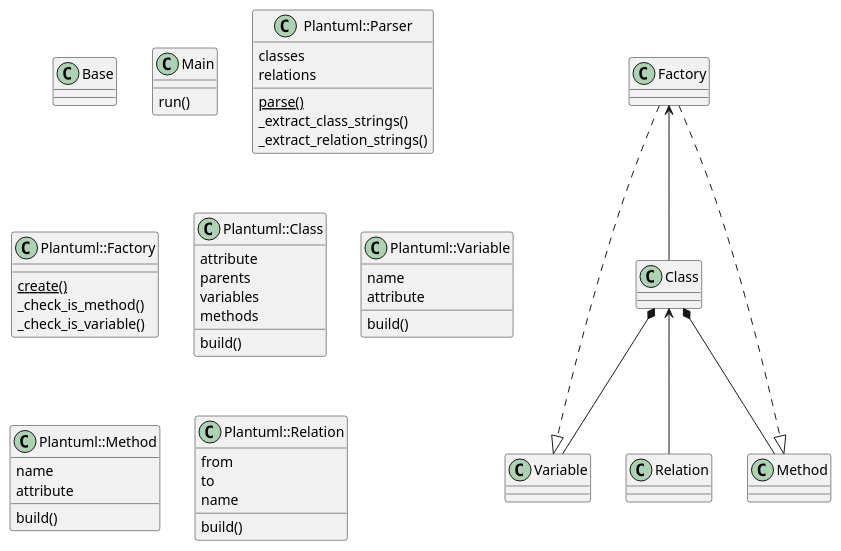
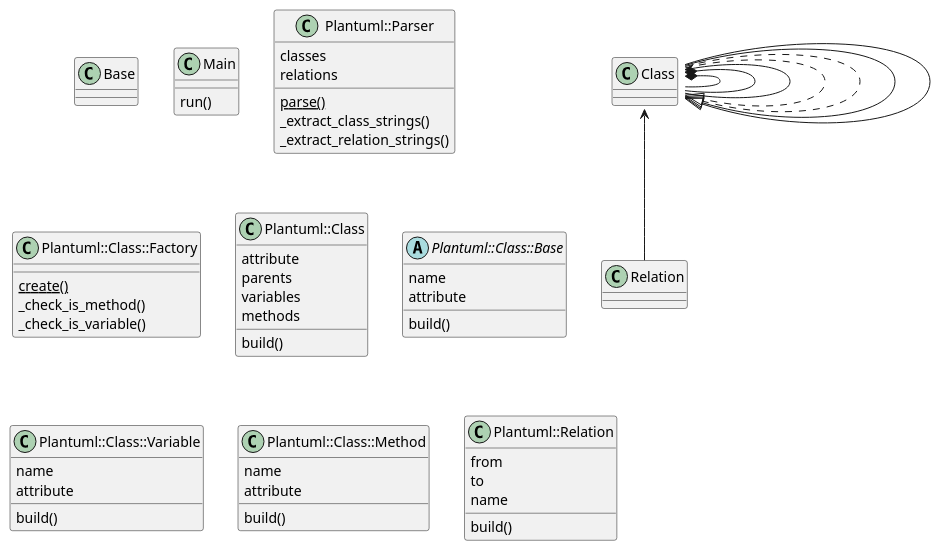
Before and after one commit to Kesin11/plantuml_class_digram_parse: the diagram in t/fixture/all.pu, drawn with PlantUML. The commit also changed 6 other files, not shown here.

```diff
--- a/t/fixture/all.pu
+++ b/t/fixture/all.pu
@@ -1,68 +1,76 @@
 @startuml
 
 class Base {
 }
 
 /'
 class CommentOutClass {
 }
 '/
 
 class Main {
   run()
 }
 
 class Plantuml::Parser {
   classes
   relations
   {static} parse()
   _extract_class_strings()
   _extract_relation_strings()
 }
 
-class Plantuml::Factory {
+class Plantuml::Class::Factory {
   {static} create()
   _check_is_method()
   _check_is_variable()
 }
 
 class Plantuml::Class {
   attribute
   parents
   variables
   methods
   build()
 }
 
-class Plantuml::Variable {
+abstract class Plantuml::Class::Base {
   name
   attribute
   build()
 }
 
-class Plantuml::Method {
+class Plantuml::Class::Variable {
+  name
+  attribute
+  build()
+}
+
+class Plantuml::Class::Method {
   name
   attribute
   build()
 }
 
 class Plantuml::Relation {
   from
   to
   name
   build()
 }
 
 /'
 class CommentOutClass {
 }
 '/
 
-Class *-- Variable
-Class *-- Method
+Class *-- Class::Variable
+Class *-- Class::Method
 Class <-- Relation
-Factory <-- Class
-Factory ..|> Variable
-Factory ..|> Method
+Class::Factory <-- Class
+Class::Factory ..|> Class::Variable
+Class::Factory ..|> Class::Method
+Class::Variable -down-|> Class::Base
+Class::Method   -down-|> Class::Base
 
 @enduml
```
